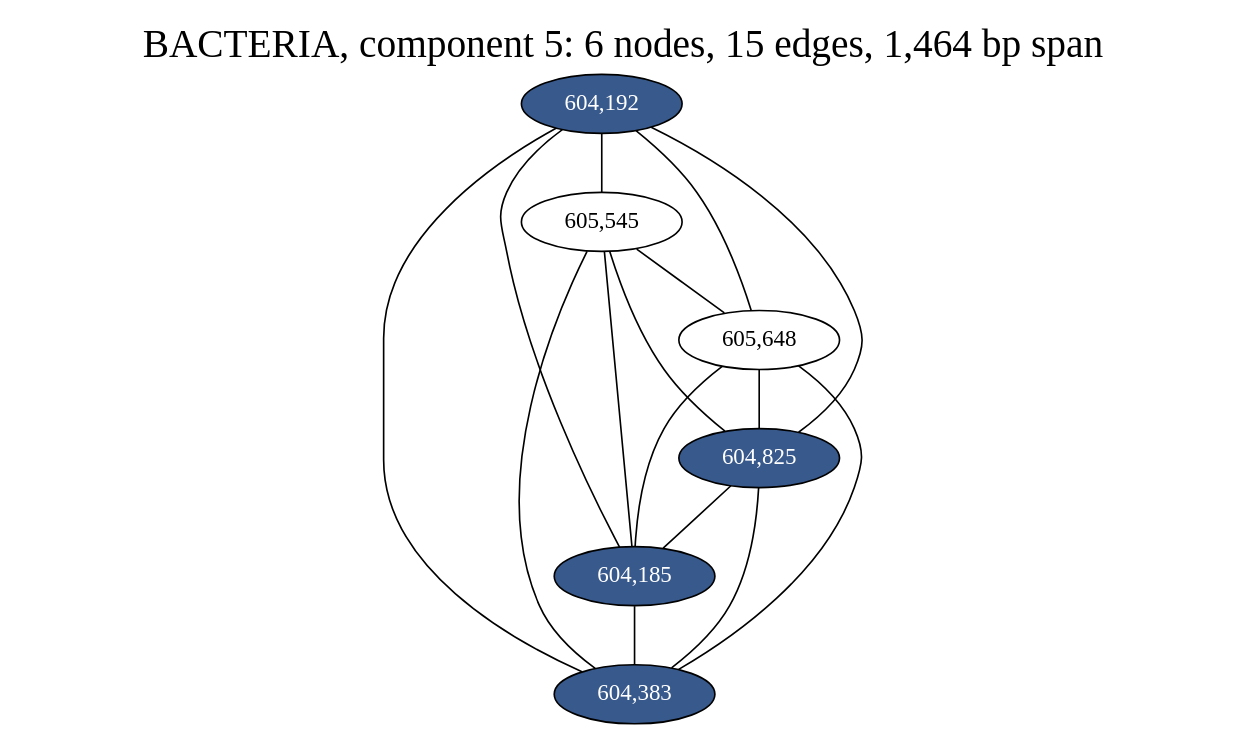
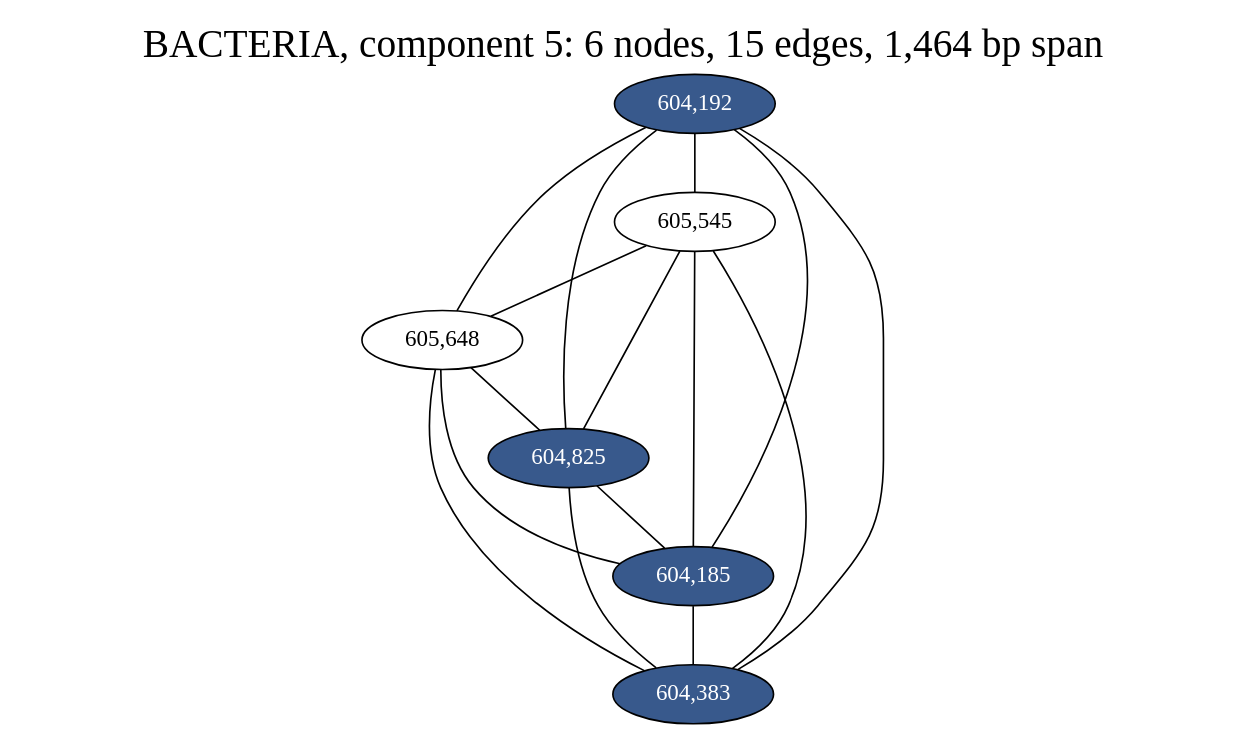
Before and after one commit to fedarko/sheepgut: the diagram in notebooks/graphs/BACTERIA_cc5.gv, drawn with Graphviz. The commit also changed other lines of this file and 57 other files, not shown here.

```diff
--- a/notebooks/graphs/BACTERIA_cc5.gv
+++ b/notebooks/graphs/BACTERIA_cc5.gv
@@ -1,29 +1,29 @@
 graph BACTERIA_cc5 {
 	overlap="prism50";
 	outputorder="edgesfirst";
 	node [style="filled"];
 	label="BACTERIA, component 5: 6 nodes, 15 edges, 1,464 bp span";
 	labelloc="t";
 	fontsize=24;
+	"604,185" [fillcolor="#38598c", fontcolor="#ffffff"];
 	"604,192" [fillcolor="#38598c", fontcolor="#ffffff"];
+	"604,383" [fillcolor="#38598c", fontcolor="#ffffff"];
+	"604,825" [fillcolor="#38598c", fontcolor="#ffffff"];
 	"605,545" [fillcolor="#ffffff", fontcolor="#000000"];
 	"605,648" [fillcolor="#ffffff", fontcolor="#000000"];
-	"604,825" [fillcolor="#38598c", fontcolor="#ffffff"];
-	"604,185" [fillcolor="#38598c", fontcolor="#ffffff"];
-	"604,383" [fillcolor="#38598c", fontcolor="#ffffff"];
 	"604,192" -- "604,185";
 	"604,192" -- "604,383";
 	"604,192" -- "604,825";
 	"604,192" -- "605,545";
 	"604,192" -- "605,648";
 	"605,545" -- "604,185";
 	"605,545" -- "604,383";
 	"605,545" -- "604,825";
 	"605,545" -- "605,648";
 	"605,648" -- "604,185";
 	"605,648" -- "604,383";
 	"605,648" -- "604,825";
 	"604,825" -- "604,185";
 	"604,825" -- "604,383";
 	"604,185" -- "604,383";
 }
```
